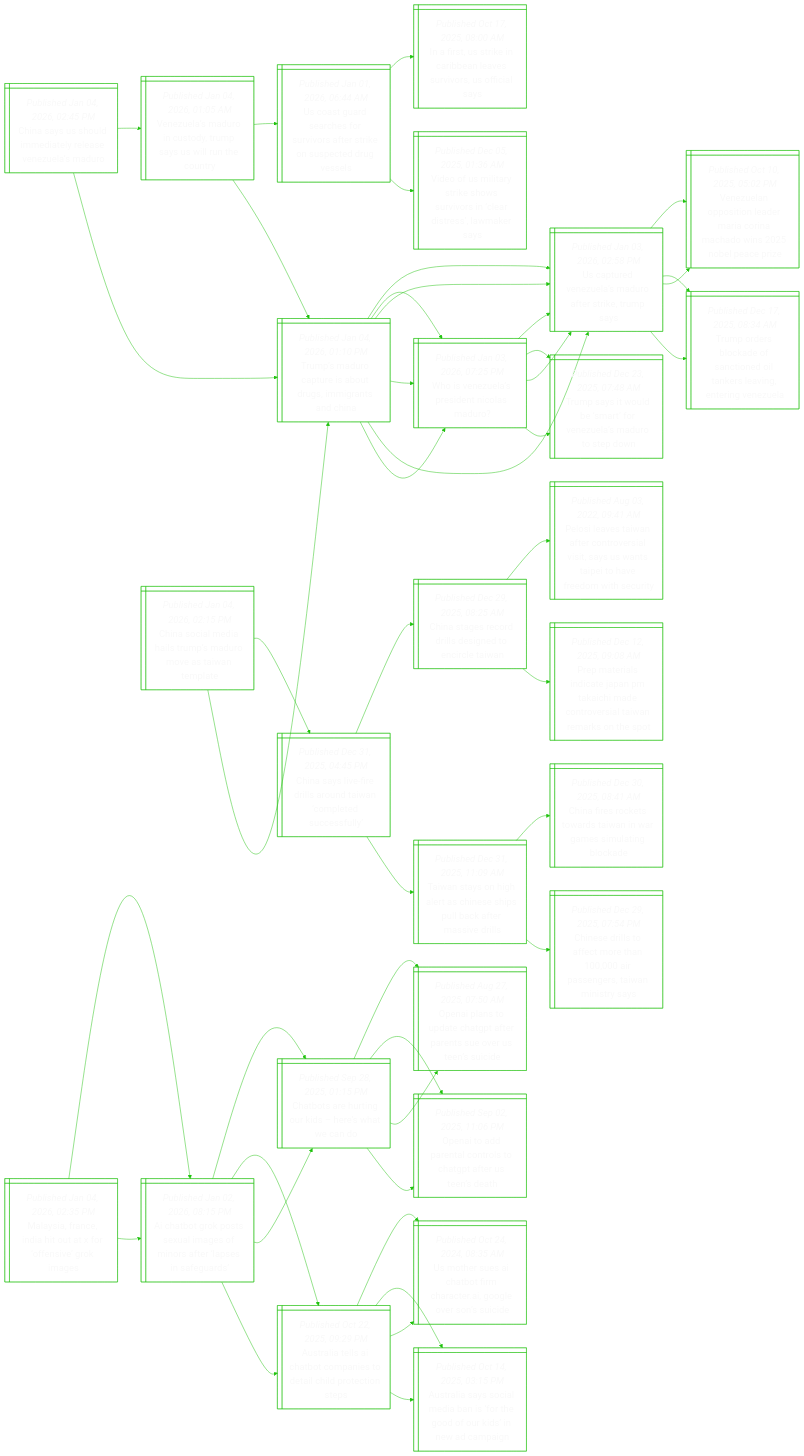
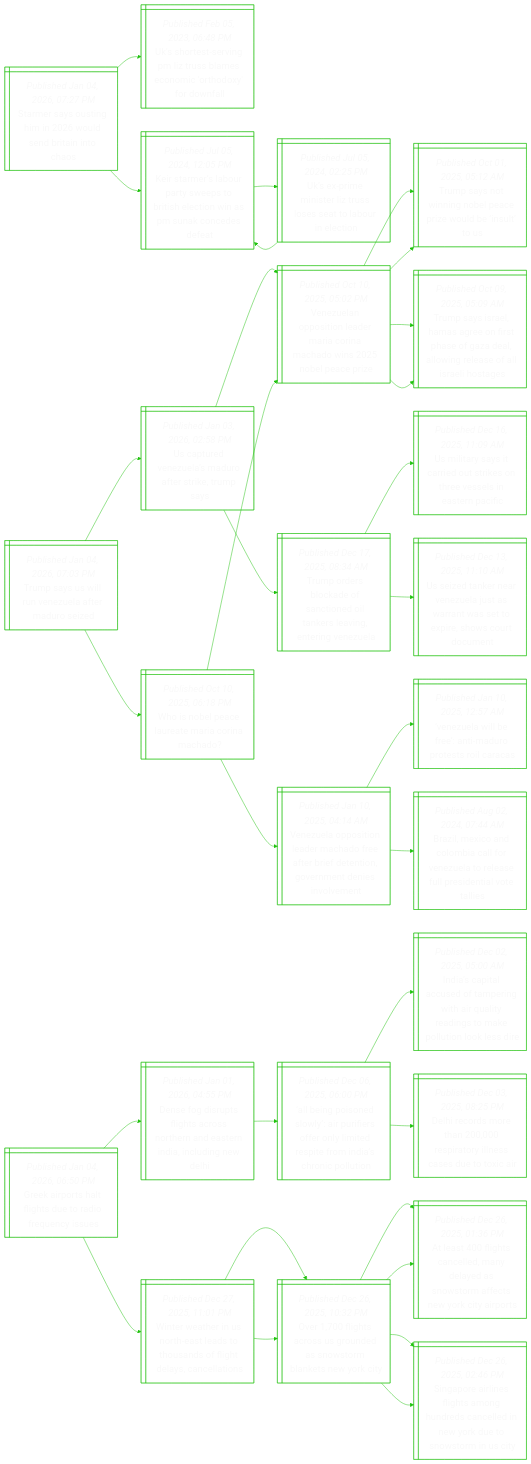
One commit to notJmes/notJmes changed the diagram in README.md. Above: the diagram before and after it, drawn with Mermaid. The commit also changed other lines of this file, not shown here.

````diff
--- a/README.md
+++ b/README.md
@@ -16,142 +16,103 @@
 flowchart LR
 classDef txtsize font-size:20px;
 
-CsSleelVuMo@{ shape: win-pane, label: "_Published Jan 04, 2026, 02:45 PM_
-China says us should immediately release venezuela’s maduro" }
-VuMosTsSret@{ shape: win-pane, label: "_Published Jan 04, 2026, 01:05 AM_
-Venezuela’s maduro in custody, trump says us will run the country" }
-Usrrfrreiscrs@{ shape: win-pane, label: "_Published Jan 01, 2026, 06:44 AM_
-Us coast guard searches for survivors after strike on suspected drug vessels" }
-Irseravrrfas@{ shape: win-pane, label: "_Published Oct 17, 2025, 08:00 AM_
-In a first, us strike in caribbean leaves survivors, us official says" }
-Voiriorrlisms@{ shape: win-pane, label: "_Published Dec 05, 2025, 01:36 AM_
-Video of us military strike shows survivors in ‘clear distress’, lawmaker says" }
-Tsrtstsgsh@{ shape: win-pane, label: "_Published Jan 04, 2026, 01:10 PM_
-Trump’s maduro capture is about drugs, immigrants and china" }
-UtVuMorkms@{ shape: win-pane, label: "_Published Jan 03, 2026, 02:58 PM_
-Us captured venezuela’s maduro after strike, trump says" }
-WVuPdisr@{ shape: win-pane, label: "_Published Jan 03, 2026, 07:25 PM_
-Who is venezuela’s president nicolas maduro?" }
-Tsrtstsgsh@{ shape: win-pane, label: "_Published Jan 04, 2026, 01:10 PM_
-Trump’s maduro capture is about drugs, immigrants and china" }
+Sesimuntna@{ shape: win-pane, label: "_Published Jan 04, 2026, 07:27 PM_
+Starmer says ousting him in 2026 would send britain into chaos" }
+UotiLuacihyol@{ shape: win-pane, label: "_Published Feb 05, 2023, 06:48 PM_
+Uk's shortest-serving pm liz truss blames economic 'orthodoxy' for downfall" }
+Ktroreoiensnnsa@{ shape: win-pane, label: "_Published Jul 05, 2024, 12:05 PM_
+Keir starmer’s labour party sweeps to british election win as pm sunak concedes defeat" }
+Upmtzsstoei@{ shape: win-pane, label: "_Published Jul 05, 2024, 02:25 PM_
+Uk’s ex-prime minister liz truss loses seat to labour in election" }
+Ktroreoiensnnsa@{ shape: win-pane, label: "_Published Jul 05, 2024, 12:05 PM_
+Keir starmer’s labour party sweeps to british election win as pm sunak concedes defeat" }
+
+Sesimuntna:::txtsize --> UotiLuacihyol:::txtsize
+Sesimuntna:::txtsize --> Ktroreoiensnnsa:::txtsize
+Ktroreoiensnnsa:::txtsize --> Upmtzsstoei:::txtsize
+Upmtzsstoei:::txtsize --> Ktroreoiensnnsa:::txtsize
+
+TsSrnleui@{ shape: win-pane, label: "_Published Jan 04, 2026, 07:03 PM_
+Trump says us will run venezuela after maduro seized" }
 UtVuMorkms@{ shape: win-pane, label: "_Published Jan 03, 2026, 02:58 PM_
 Us captured venezuela’s maduro after strike, trump says" }
 Vuoilranhibai@{ shape: win-pane, label: "_Published Oct 10, 2025, 05:02 PM_
 Venezuelan opposition leader maria corina machado wins 2025 nobel peace prize" }
+TsonoeroelS@{ shape: win-pane, label: "_Published Oct 01, 2025, 05:12 AM_
+Trump says not winning nobel peace prize would be ‘insult’ to us" }
+TssHaossaaorslaoe@{ shape: win-pane, label: "_Published Oct 09, 2025, 05:09 AM_
+Trump says israel, hamas agree on first phase of gaza deal, allowing release of all israeli hostages" }
 Toskftdasitgz@{ shape: win-pane, label: "_Published Dec 17, 2025, 08:34 AM_
 Trump orders blockade of sanctioned oil tankers leaving, entering venezuela" }
-WVuPdisr@{ shape: win-pane, label: "_Published Jan 03, 2026, 07:25 PM_
-Who is venezuela’s president nicolas maduro?" }
-UtVuMorkms@{ shape: win-pane, label: "_Published Jan 03, 2026, 02:58 PM_
-Us captured venezuela’s maduro after strike, trump says" }
-Tstdarzsrtw@{ shape: win-pane, label: "_Published Dec 23, 2025, 07:48 AM_
-Trump says it would be ‘smart’ for venezuela’s maduro to step down" }
-
-CsSleelVuMo:::txtsize --> VuMosTsSret:::txtsize
-VuMosTsSret:::txtsize --> Usrrfrreiscrs:::txtsize
-Usrrfrreiscrs:::txtsize --> Irseravrrfas:::txtsize
-Usrrfrreiscrs:::txtsize --> Voiriorrlisms:::txtsize
-VuMosTsSret:::txtsize --> Tsrtstsgsh:::txtsize
-Tsrtstsgsh:::txtsize --> UtVuMorkms:::txtsize
-Tsrtstsgsh:::txtsize --> WVuPdisr:::txtsize
-CsSleelVuMo:::txtsize --> Tsrtstsgsh:::txtsize
-Tsrtstsgsh:::txtsize --> UtVuMorkms:::txtsize
-UtVuMorkms:::txtsize --> Vuoilranhibai:::txtsize
-UtVuMorkms:::txtsize --> Toskftdasitgz:::txtsize
-Tsrtstsgsh:::txtsize --> WVuPdisr:::txtsize
-WVuPdisr:::txtsize --> UtVuMorkms:::txtsize
-WVuPdisr:::txtsize --> Tstdarzsrtw:::txtsize
-
-MsaniarnGm@{ shape: win-pane, label: "_Published Jan 04, 2026, 02:35 PM_
-Malaysia, france, india hit out at x for ‘offensive’ grok images" }
-Atrsxmootpngs@{ shape: win-pane, label: "_Published Jan 02, 2026, 08:15 PM_
-Ai chatbot grok posts sexual images of minors after ‘lapses in safeguards’" }
-Coeirhweo@{ shape: win-pane, label: "_Published Sep 28, 2025, 01:15 PM_
-Chatbots are hurting our kids – here’s what we can do" }
-OIsdhTrneUnc@{ shape: win-pane, label: "_Published Aug 27, 2025, 07:50 AM_
-Openai plans to update chatgpt after parents sue over us teen’s suicide" }
-OIdnolhTrea@{ shape: win-pane, label: "_Published Sep 02, 2025, 11:06 PM_
-Openai to add parental controls to chatgpt after us teen’s death" }
-AaeIbmeecpcs@{ shape: win-pane, label: "_Published Oct 22, 2025, 09:29 PM_
-Australia tells ai chatbot companies to detail child protection steps" }
-UhehtCcIlrsd@{ shape: win-pane, label: "_Published Oct 24, 2024, 08:35 AM_
-Us mother sues ai chatbot firm character.ai, google over son’s suicide" }
-Aaaceaogfinci@{ shape: win-pane, label: "_Published Oct 14, 2025, 03:15 PM_
-Australia says social media ban is ‘for the good of our kids’ in new ad campaign" }
-Atrsxmootpngs@{ shape: win-pane, label: "_Published Jan 02, 2026, 08:15 PM_
-Ai chatbot grok posts sexual images of minors after ‘lapses in safeguards’" }
-Coeirhweo@{ shape: win-pane, label: "_Published Sep 28, 2025, 01:15 PM_
-Chatbots are hurting our kids – here’s what we can do" }
-OIsdhTrneUnc@{ shape: win-pane, label: "_Published Aug 27, 2025, 07:50 AM_
-Openai plans to update chatgpt after parents sue over us teen’s suicide" }
-OIdnolhTrea@{ shape: win-pane, label: "_Published Sep 02, 2025, 11:06 PM_
-Openai to add parental controls to chatgpt after us teen’s death" }
-AaeIbmeecpcs@{ shape: win-pane, label: "_Published Oct 22, 2025, 09:29 PM_
-Australia tells ai chatbot companies to detail child protection steps" }
-UhehtCcIlrsd@{ shape: win-pane, label: "_Published Oct 24, 2024, 08:35 AM_
-Us mother sues ai chatbot firm character.ai, google over son’s suicide" }
-Aaaceaogfinci@{ shape: win-pane, label: "_Published Oct 14, 2025, 03:15 PM_
-Australia says social media ban is ‘for the good of our kids’ in new ad campaign" }
-
-MsaniarnGm:::txtsize --> Atrsxmootpngs:::txtsize
-Atrsxmootpngs:::txtsize --> Coeirhweo:::txtsize
-Coeirhweo:::txtsize --> OIsdhTrneUnc:::txtsize
-Coeirhweo:::txtsize --> OIdnolhTrea:::txtsize
-Atrsxmootpngs:::txtsize --> AaeIbmeecpcs:::txtsize
-AaeIbmeecpcs:::txtsize --> UhehtCcIlrsd:::txtsize
-AaeIbmeecpcs:::txtsize --> Aaaceaogfinci:::txtsize
-MsaniarnGm:::txtsize --> Atrsxmootpngs:::txtsize
-Atrsxmootpngs:::txtsize --> Coeirhweo:::txtsize
-Coeirhweo:::txtsize --> OIsdhTrneUnc:::txtsize
-Coeirhweo:::txtsize --> OIdnolhTrea:::txtsize
-Atrsxmootpngs:::txtsize --> AaeIbmeecpcs:::txtsize
-AaeIbmeecpcs:::txtsize --> UhehtCcIlrsd:::txtsize
-AaeIbmeecpcs:::txtsize --> Aaaceaogfinci:::txtsize
-
-Cslaspuvata@{ shape: win-pane, label: "_Published Jan 04, 2026, 02:15 PM_
-China social media hails trump’s maduro move as taiwan template" }
-Csirloaceusy@{ shape: win-pane, label: "_Published Dec 31, 2025, 04:45 PM_
-China says live-fire drills around taiwan ‘completed successfully’" }
-Cssrlsdcea@{ shape: win-pane, label: "_Published Dec 29, 2025, 08:25 AM_
-China stages record drills designed to encircle taiwan" }
-PiewtneltUtphrmsi@{ shape: win-pane, label: "_Published Aug 03, 2022, 09:41 AM_
-Pelosi leaves taiwan after controversial visit, says us wants taipei to have freedom with security" }
-Paadenkicoiiese@{ shape: win-pane, label: "_Published Dec 12, 2025, 09:08 AM_
-Prep materials indicate japan pm takaichi made controversial taiwan remarks on the spot" }
-Tnsgrhesbfael@{ shape: win-pane, label: "_Published Dec 31, 2025, 11:09 AM_
-Taiwan stays on high alert as chinese ships pull back after massive drills" }
-Cfrtaaigsaba@{ shape: win-pane, label: "_Published Dec 30, 2025, 08:41 AM_
-China fires rockets towards taiwan in war games simulating blockade" }
-Cslattisrwny@{ shape: win-pane, label: "_Published Dec 29, 2025, 07:54 PM_
-Chinese drills to affect more than 100,000 air passengers, taiwan ministry says" }
-Tsrtstsgsh@{ shape: win-pane, label: "_Published Jan 04, 2026, 01:10 PM_
-Trump’s maduro capture is about drugs, immigrants and china" }
-UtVuMorkms@{ shape: win-pane, label: "_Published Jan 03, 2026, 02:58 PM_
-Us captured venezuela’s maduro after strike, trump says" }
+Uistitktvlanf@{ shape: win-pane, label: "_Published Dec 16, 2025, 11:09 AM_
+Us military says it carried out strikes on three vessels in eastern pacific" }
+Uznenltrwtphoon@{ shape: win-pane, label: "_Published Dec 13, 2025, 11:10 AM_
+Us seized tanker near venezuela just as warrant was set to expire, shows court document" }
+WNPlarrao@{ shape: win-pane, label: "_Published Oct 10, 2025, 06:18 PM_
+Who is nobel peace laureate maria corina machado?" }
 Vuoilranhibai@{ shape: win-pane, label: "_Published Oct 10, 2025, 05:02 PM_
 Venezuelan opposition leader maria corina machado wins 2025 nobel peace prize" }
-Toskftdasitgz@{ shape: win-pane, label: "_Published Dec 17, 2025, 08:34 AM_
-Trump orders blockade of sanctioned oil tankers leaving, entering venezuela" }
-WVuPdisr@{ shape: win-pane, label: "_Published Jan 03, 2026, 07:25 PM_
-Who is venezuela’s president nicolas maduro?" }
-UtVuMorkms@{ shape: win-pane, label: "_Published Jan 03, 2026, 02:58 PM_
-Us captured venezuela’s maduro after strike, trump says" }
-Tstdarzsrtw@{ shape: win-pane, label: "_Published Dec 23, 2025, 07:48 AM_
-Trump says it would be ‘smart’ for venezuela’s maduro to step down" }
+TsonoeroelS@{ shape: win-pane, label: "_Published Oct 01, 2025, 05:12 AM_
+Trump says not winning nobel peace prize would be ‘insult’ to us" }
+TssHaossaaorslaoe@{ shape: win-pane, label: "_Published Oct 09, 2025, 05:09 AM_
+Trump says israel, hamas agree on first phase of gaza deal, allowing release of all israeli hostages" }
+VupteMderfngndsln@{ shape: win-pane, label: "_Published Jan 10, 2025, 04:14 AM_
+Venezuela opposition leader machado free after brief detention, government denies involvement" }
+Vuifndrtlc@{ shape: win-pane, label: "_Published Jan 10, 2025, 12:57 AM_
+‘venezuela will be free’: anti-maduro protests roil caracas" }
+BlcCblVuoalstol@{ shape: win-pane, label: "_Published Aug 02, 2024, 07:44 AM_
+Brazil, mexico and colombia call for venezuela to release full presidential vote tallies" }
 
-Cslaspuvata:::txtsize --> Csirloaceusy:::txtsize
-Csirloaceusy:::txtsize --> Cssrlsdcea:::txtsize
-Cssrlsdcea:::txtsize --> PiewtneltUtphrmsi:::txtsize
-Cssrlsdcea:::txtsize --> Paadenkicoiiese:::txtsize
-Csirloaceusy:::txtsize --> Tnsgrhesbfael:::txtsize
-Tnsgrhesbfael:::txtsize --> Cfrtaaigsaba:::txtsize
-Tnsgrhesbfael:::txtsize --> Cslattisrwny:::txtsize
-Cslaspuvata:::txtsize --> Tsrtstsgsh:::txtsize
-Tsrtstsgsh:::txtsize --> UtVuMorkms:::txtsize
+TsSrnleui:::txtsize --> UtVuMorkms:::txtsize
 UtVuMorkms:::txtsize --> Vuoilranhibai:::txtsize
+Vuoilranhibai:::txtsize --> TsonoeroelS:::txtsize
+Vuoilranhibai:::txtsize --> TssHaossaaorslaoe:::txtsize
 UtVuMorkms:::txtsize --> Toskftdasitgz:::txtsize
-Tsrtstsgsh:::txtsize --> WVuPdisr:::txtsize
-WVuPdisr:::txtsize --> UtVuMorkms:::txtsize
-WVuPdisr:::txtsize --> Tstdarzsrtw:::txtsize
+Toskftdasitgz:::txtsize --> Uistitktvlanf:::txtsize
+Toskftdasitgz:::txtsize --> Uznenltrwtphoon:::txtsize
+TsSrnleui:::txtsize --> WNPlarrao:::txtsize
+WNPlarrao:::txtsize --> Vuoilranhibai:::txtsize
+Vuoilranhibai:::txtsize --> TsonoeroelS:::txtsize
+Vuoilranhibai:::txtsize --> TssHaossaaorslaoe:::txtsize
+WNPlarrao:::txtsize --> VupteMderfngndsln:::txtsize
+VupteMderfngndsln:::txtsize --> Vuifndrtlc:::txtsize
+VupteMderfngndsln:::txtsize --> BlcCblVuoalstol:::txtsize
+
+Garlguarns@{ shape: win-pane, label: "_Published Jan 04, 2026, 06:50 PM_
+Greek airports halt flights due to radio frequency issues" }
+Dfsshrorerilge@{ shape: win-pane, label: "_Published Jan 01, 2026, 04:55 PM_
+Dense fog disrupts flights across northern and eastern india, including new delhi" }
+Aiidlpifnmrtmaooi@{ shape: win-pane, label: "_Published Dec 06, 2025, 06:00 PM_
+‘all being poisoned slowly’: air purifiers offer only limited respite from india’s chronic pollution" }
+Istcopgaarnmoios@{ shape: win-pane, label: "_Published Dec 02, 2025, 05:00 AM_
+India’s capital accused of tampering with air quality readings to make pollution look less dire" }
+Drderryesexr@{ shape: win-pane, label: "_Published Dec 03, 2025, 08:25 PM_
+Delhi records more than 200,000 respiratory illness cases due to toxic air" }
+WrhUttsodldsei@{ shape: win-pane, label: "_Published Dec 27, 2025, 11:01 PM_
+Winter weather in us north-east leads to thousands of flight delays, cancellations" }
+Olssrenoasot@{ shape: win-pane, label: "_Published Dec 26, 2025, 10:32 PM_
+Over 1,700 flights across us grounded as snowstorm blankets new york city" }
+AsgalnassatYirs@{ shape: win-pane, label: "_Published Dec 26, 2025, 01:36 PM_
+At least 400 flights cancelled, many delayed as snowstorm affects new york city airports" }
+Spiegmudcdwdstnt@{ shape: win-pane, label: "_Published Dec 26, 2025, 02:46 PM_
+Singapore airlines flights among hundreds cancelled in new york due to snowstorm in us city" }
+Olssrenoasot@{ shape: win-pane, label: "_Published Dec 26, 2025, 10:32 PM_
+Over 1,700 flights across us grounded as snowstorm blankets new york city" }
+AsgalnassatYirs@{ shape: win-pane, label: "_Published Dec 26, 2025, 01:36 PM_
+At least 400 flights cancelled, many delayed as snowstorm affects new york city airports" }
+Spiegmudcdwdstnt@{ shape: win-pane, label: "_Published Dec 26, 2025, 02:46 PM_
+Singapore airlines flights among hundreds cancelled in new york due to snowstorm in us city" }
+
+Garlguarns:::txtsize --> Dfsshrorerilge:::txtsize
+Dfsshrorerilge:::txtsize --> Aiidlpifnmrtmaooi:::txtsize
+Aiidlpifnmrtmaooi:::txtsize --> Istcopgaarnmoios:::txtsize
+Aiidlpifnmrtmaooi:::txtsize --> Drderryesexr:::txtsize
+Garlguarns:::txtsize --> WrhUttsodldsei:::txtsize
+WrhUttsodldsei:::txtsize --> Olssrenoasot:::txtsize
+Olssrenoasot:::txtsize --> AsgalnassatYirs:::txtsize
+Olssrenoasot:::txtsize --> Spiegmudcdwdstnt:::txtsize
+WrhUttsodldsei:::txtsize --> Olssrenoasot:::txtsize
+Olssrenoasot:::txtsize --> AsgalnassatYirs:::txtsize
+Olssrenoasot:::txtsize --> Spiegmudcdwdstnt:::txtsize
 
 ```
````
